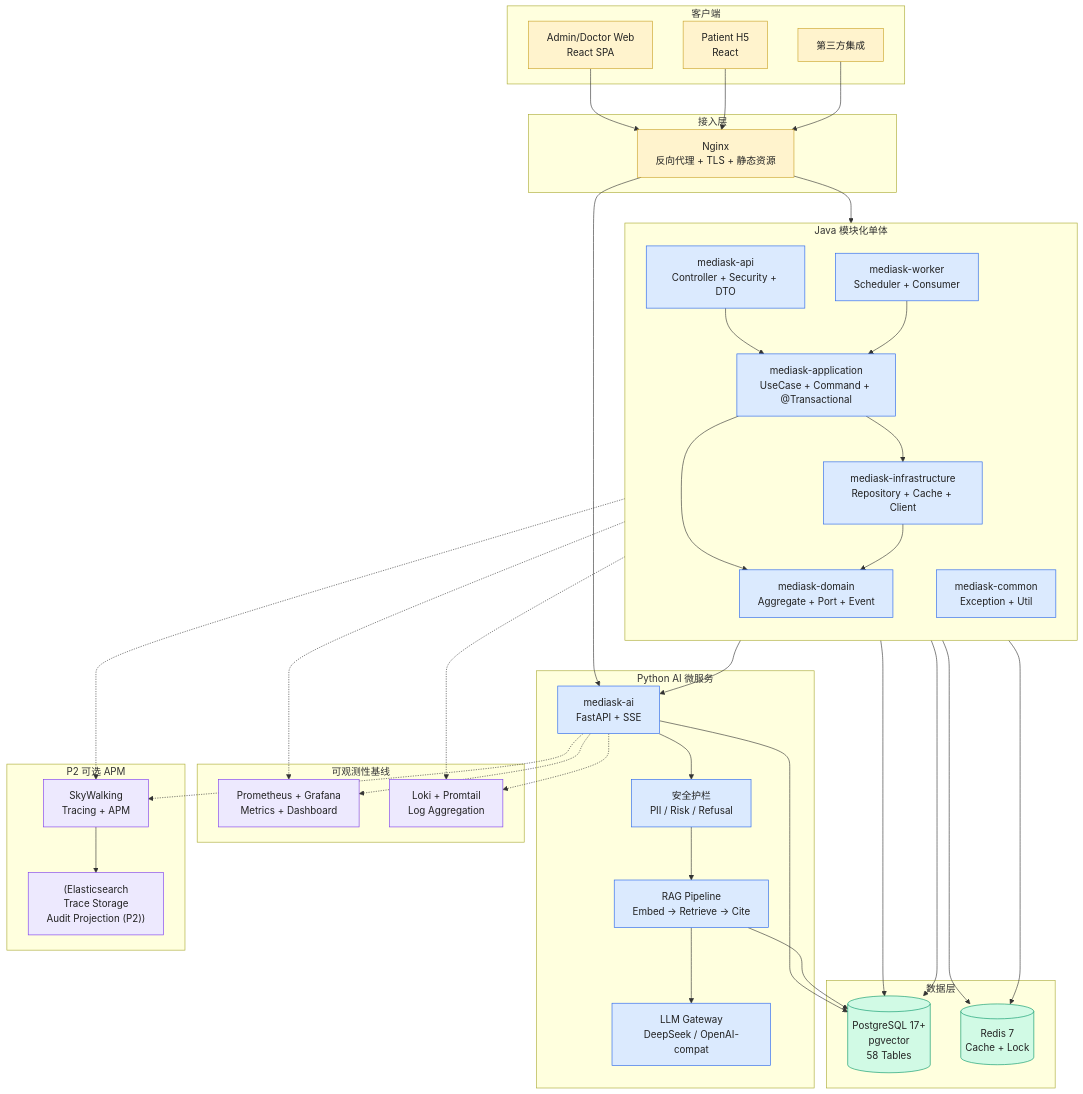
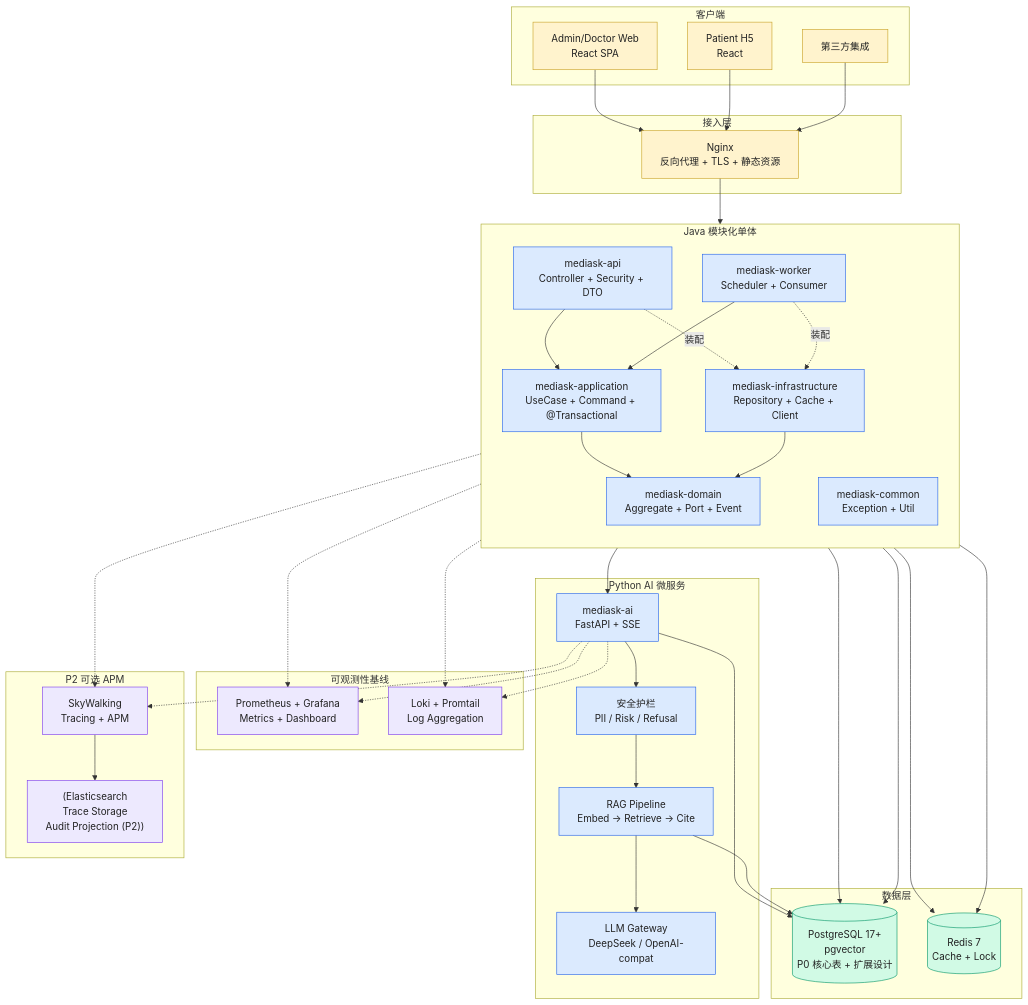
One commit to JianwenShaw/MediAskDocs changed the fifth of 5 diagrams in docs/01-OVERVIEW.md. Above: the diagram before and after it, drawn with Mermaid. The commit also changed other lines of this file and 13 other files, not shown here.

````diff
--- a/docs/01-OVERVIEW.md
+++ b/docs/01-OVERVIEW.md
@@ -663,81 +680,81 @@
 ```mermaid
 flowchart TB
     classDef planned fill:#fff3cd,stroke:#c9a227,stroke-width:1px,color:#222
     classDef runtime fill:#dbeafe,stroke:#2563eb,stroke-width:1px,color:#222
     classDef data fill:#d1fae5,stroke:#059669,stroke-width:1px,color:#222
     classDef obs fill:#ede9fe,stroke:#7c3aed,stroke-width:1px,color:#222
 
     subgraph Clients[客户端]
         Web[Admin/Doctor Web<br/>React SPA]:::planned
         H5[Patient H5<br/>React]:::planned
         ThirdParty[第三方集成]:::planned
     end
 
     subgraph Edge[接入层]
         Nginx[Nginx<br/>反向代理 + TLS + 静态资源]:::planned
     end
 
     subgraph JavaApp[Java 模块化单体]
         direction TB
         API[mediask-api<br/>Controller + Security + DTO]:::runtime
         Application[mediask-application<br/>UseCase + Command + @Transactional]:::runtime
         Domain[mediask-domain<br/>Aggregate + Port + Event]:::runtime
         Infra[mediask-infrastructure<br/>Repository + Cache + Client]:::runtime
         Worker[mediask-worker<br/>Scheduler + Consumer]:::runtime
         Common[mediask-common<br/>Exception + Util]:::runtime
 
         API --> Application
+        Worker --> Application
         Application --> Domain
-        Application --> Infra
+        API -.装配.-> Infra
+        Worker -.装配.-> Infra
         Infra --> Domain
-        Worker --> Application
     end
 
     subgraph PythonApp[Python AI 微服务]
         AiSvc[mediask-ai<br/>FastAPI + SSE]:::runtime
         GuardrailMod[安全护栏<br/>PII / Risk / Refusal]:::runtime
         RAGPipe[RAG Pipeline<br/>Embed → Retrieve → Cite]:::runtime
         LLMGateway[LLM Gateway<br/>DeepSeek / OpenAI-compat]:::runtime
 
         AiSvc --> GuardrailMod --> RAGPipe
         RAGPipe --> LLMGateway
     end
 
     subgraph DataStores[数据层]
-        PG[(PostgreSQL 17+<br/>pgvector<br/>58 Tables)]:::data
+        PG[(PostgreSQL 17+<br/>pgvector<br/>P0 核心表 + 扩展设计)]:::data
         Redis[(Redis 7<br/>Cache + Lock)]:::data
     end
 
     subgraph Observability[可观测性基线]
         PromGraf[Prometheus + Grafana<br/>Metrics + Dashboard]:::obs
         LokiStack[Loki + Promtail<br/>Log Aggregation]:::obs
     end
 
     subgraph ObservabilityP2[P2 可选 APM]
         SW[SkyWalking<br/>Tracing + APM]:::obs
         ES["(Elasticsearch<br/>Trace Storage<br/>Audit Projection (P2))"]:::obs
     end
 
     Web --> Nginx
     H5 --> Nginx
     ThirdParty --> Nginx
     Nginx --> API
-    Nginx --> AiSvc
 
     API --> PG
     API --> Redis
     Worker --> PG
     Worker --> Redis
     API --> AiSvc
 
     AiSvc --> PG
     RAGPipe --> PG
 
     API -.-> PromGraf
     AiSvc -.-> PromGraf
     API -.-> LokiStack
     AiSvc -.-> LokiStack
     API -.-> SW
     AiSvc -.-> SW
     SW --> ES
 ```
````
